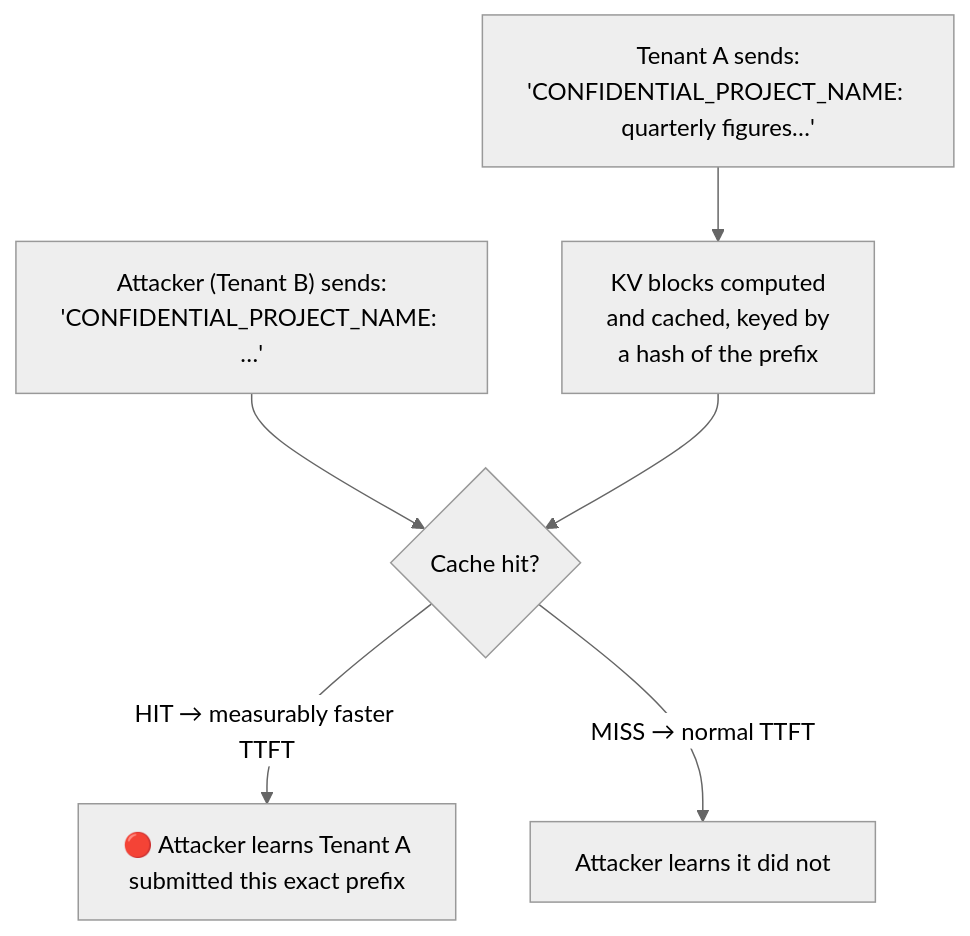
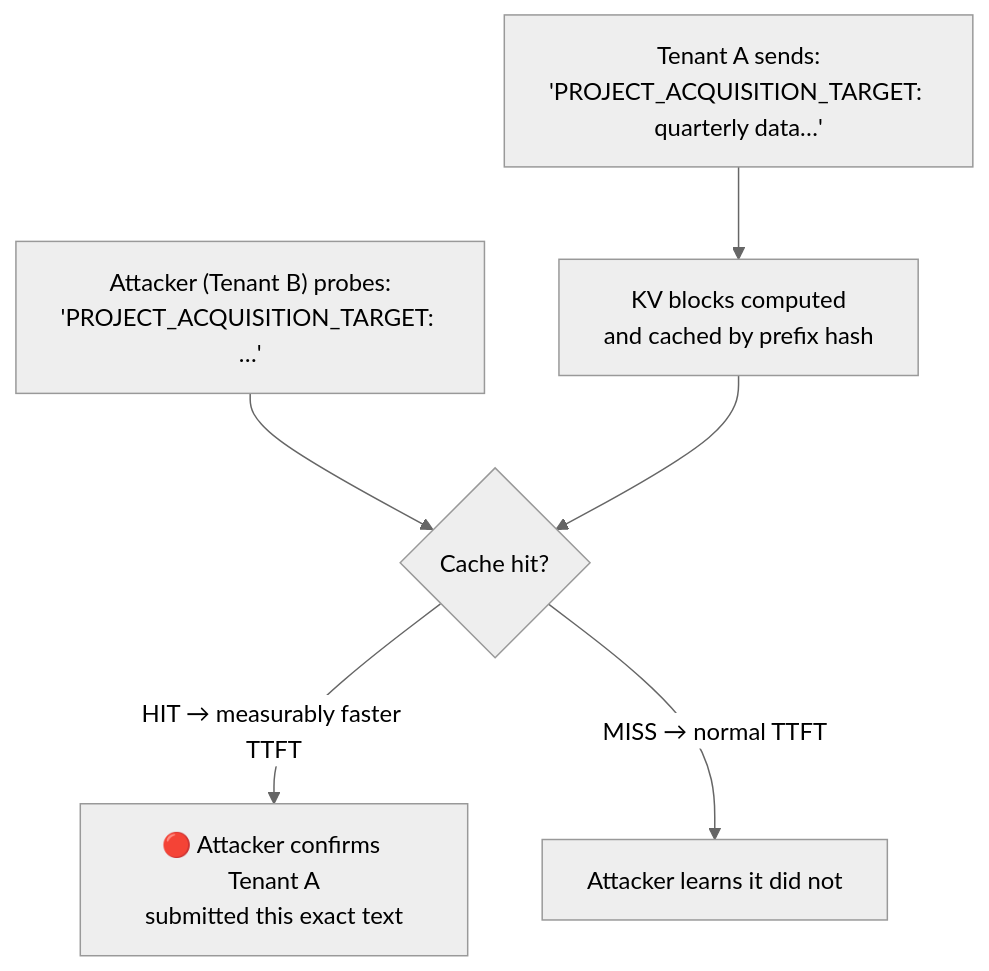
The fourth of 5 diagrams in docs/en/06_designing_confidential_llm_serving_on_gke.md (Marinette101/llm-cc-in-k8s), drawn with Mermaid (neutral theme) before and after one commit. The commit also changed other lines of this file and 9 other files, not shown here.

Commit message:
feat: incorporate GKE Hypercluster and AI Hypercomputer architecture into confidential LLM serving docs

````diff
--- a/docs/en/06_designing_confidential_llm_serving_on_gke.md
+++ b/docs/en/06_designing_confidential_llm_serving_on_gke.md
@@ -253,8 +265,8 @@
 ```mermaid
 flowchart TD
-    A["Tenant A sends:<br>'CONFIDENTIAL_PROJECT_NAME: quarterly figures…'"] --> B["KV blocks computed<br>and cached, keyed by<br>a hash of the prefix"]
-    C["Attacker (Tenant B) sends:<br>'CONFIDENTIAL_PROJECT_NAME: …'"] --> D{"Cache hit?"}
+    A["Tenant A sends:<br>'PROJECT_ACQUISITION_TARGET: quarterly data…'"] --> B["KV blocks computed<br>and cached by prefix hash"]
+    C["Attacker (Tenant B) probes:<br>'PROJECT_ACQUISITION_TARGET: …'"] --> D{"Cache hit?"}
     B --> D
-    D -->|"HIT → measurably faster TTFT"| E["🔴 Attacker learns Tenant A<br>submitted this exact prefix"]
+    D -->|"HIT → measurably faster TTFT"| E["🔴 Attacker confirms Tenant A<br>submitted this exact text"]
     D -->|"MISS → normal TTFT"| F["Attacker learns it did not"]
 ```
````
